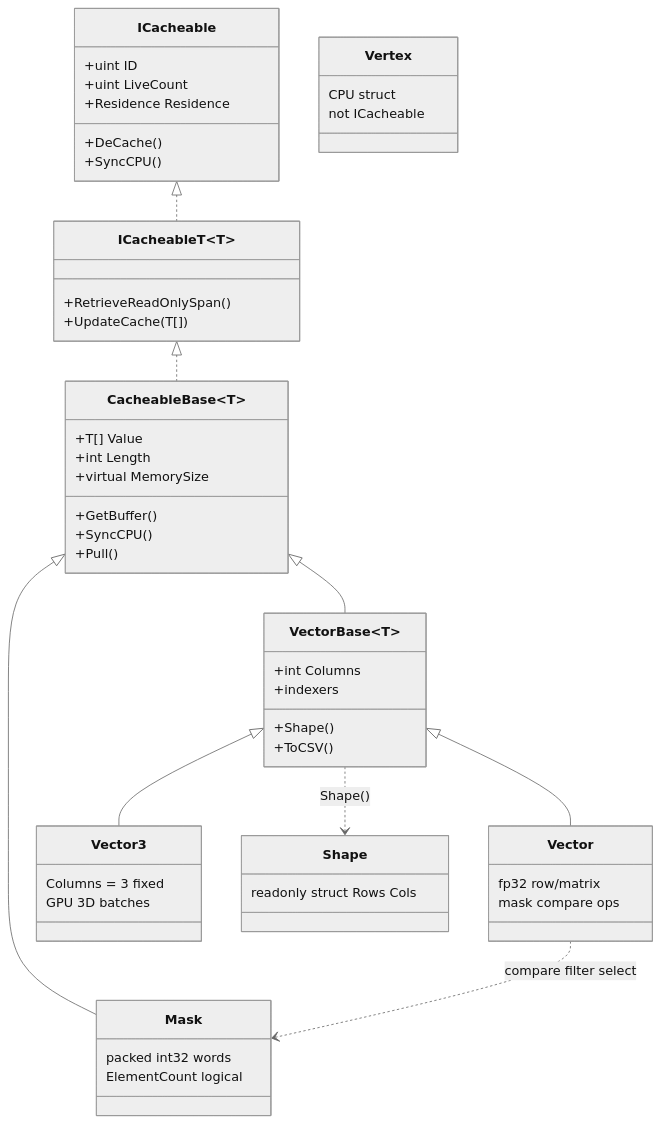
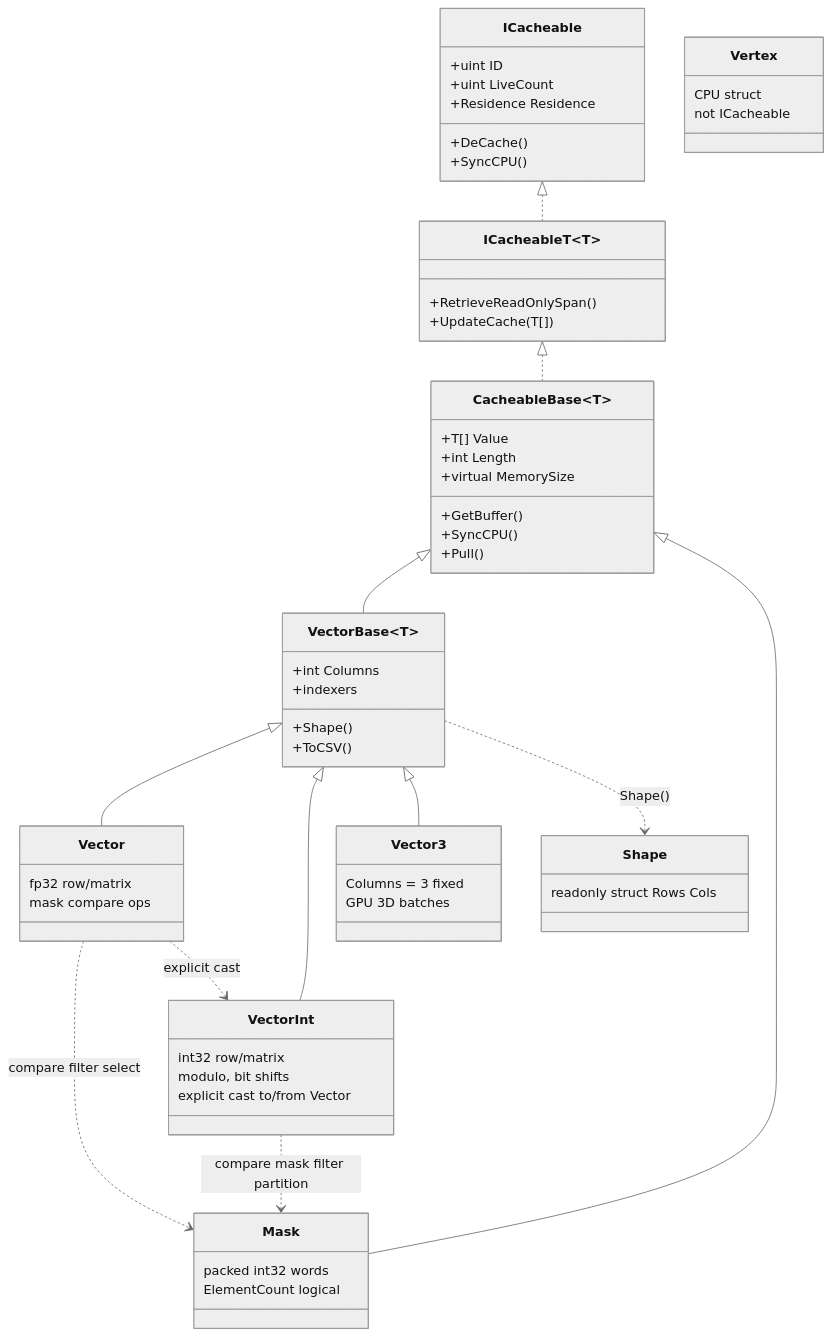
The second of 6 diagrams in Documentation/BAVCLSpecification.md (MPSQUARK/BAVCL), drawn with Mermaid (neutral theme) before and after one commit. The commit also changed other lines of this file, not shown here.

````diff
--- a/Documentation/BAVCLSpecification.md
+++ b/Documentation/BAVCLSpecification.md
@@ -234,56 +236,64 @@
 ```mermaid
 classDiagram
     class ICacheable {
         +uint ID
         +uint LiveCount
         +Residence Residence
         +DeCache()
         +SyncCPU()
     }
     class ICacheableT~T~ {
         +RetrieveReadOnlySpan()
         +UpdateCache(T[])
     }
     class CacheableBase~T~ {
         +T[] Value
         +int Length
         +virtual MemorySize
         +GetBuffer()
         +SyncCPU()
         +Pull()
     }
     class VectorBase~T~ {
         +int Columns
         +Shape()
         +indexers
         +ToCSV()
     }
     class Vector {
         fp32 row/matrix
         mask compare ops
     }
+    class VectorInt {
+        int32 row/matrix
+        modulo, bit shifts
+        explicit cast to/from Vector
+    }
     class Vector3 {
         Columns = 3 fixed
         GPU 3D batches
     }
     class Mask {
         packed int32 words
         ElementCount logical
     }
     class Vertex {
         CPU struct
         not ICacheable
     }
     class Shape {
         readonly struct Rows Cols
     }
 
     ICacheable <|.. ICacheableT
     ICacheableT <|.. CacheableBase
     CacheableBase <|-- VectorBase
     CacheableBase <|-- Mask
     VectorBase <|-- Vector
+    VectorBase <|-- VectorInt
     VectorBase <|-- Vector3
     VectorBase ..> Shape : Shape()
     Vector ..> Mask : compare filter select
+    VectorInt ..> Mask : compare mask filter partition
+    Vector ..> VectorInt : explicit cast
 ```
````
